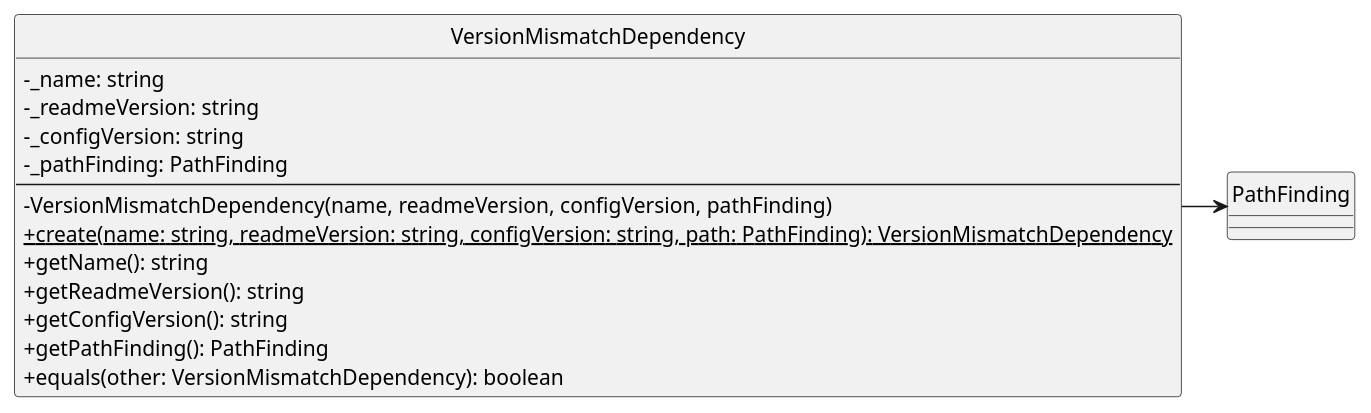
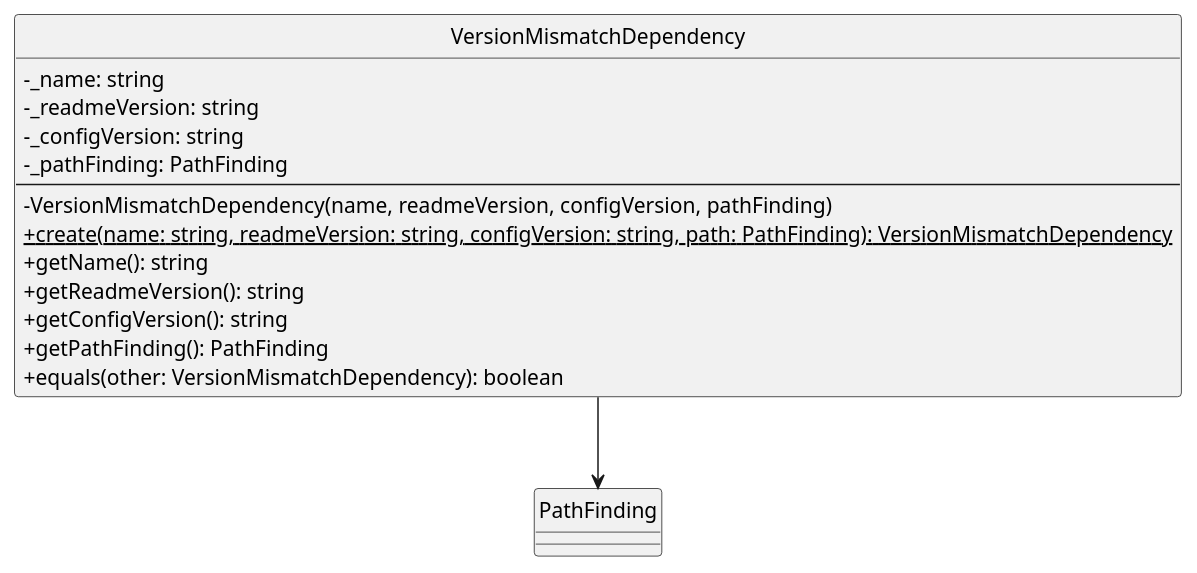
Before and after one commit to SkarabGroup/DocumentazioneProgetto: the diagram in assets/st_diagrams/code/plantuml/analysis/domain/valueObjects/versionMismatchDependency.vo.plantuml, drawn with PlantUML. The commit also changed 30 other files, not shown here.

```diff
--- a/assets/st_diagrams/code/plantuml/analysis/domain/valueObjects/versionMismatchDependency.vo.plantuml
+++ b/assets/st_diagrams/code/plantuml/analysis/domain/valueObjects/versionMismatchDependency.vo.plantuml
@@ -1,25 +1,25 @@
 @startuml VersionMismatchDependency
 skinparam componentStyle uml2.5
 skinparam linetype ortho
 skinparam nodesep 30
 skinparam ranksep 30
 skinparam ClassAttributeIconSize 0
 hide circles
 
 class VersionMismatchDependency {
     - _name: string
     - _readmeVersion: string
     - _configVersion: string
     - _pathFinding: PathFinding
     ---
     - VersionMismatchDependency(name, readmeVersion, configVersion, pathFinding)
     + {static} create(name: string, readmeVersion: string, configVersion: string, path: PathFinding): VersionMismatchDependency
     + getName(): string
     + getReadmeVersion(): string
     + getConfigVersion(): string
     + getPathFinding(): PathFinding
     + equals(other: VersionMismatchDependency): boolean
 }
 
-VersionMismatchDependency --right-> PathFinding
+VersionMismatchDependency --down-> PathFinding
 @enduml
```
